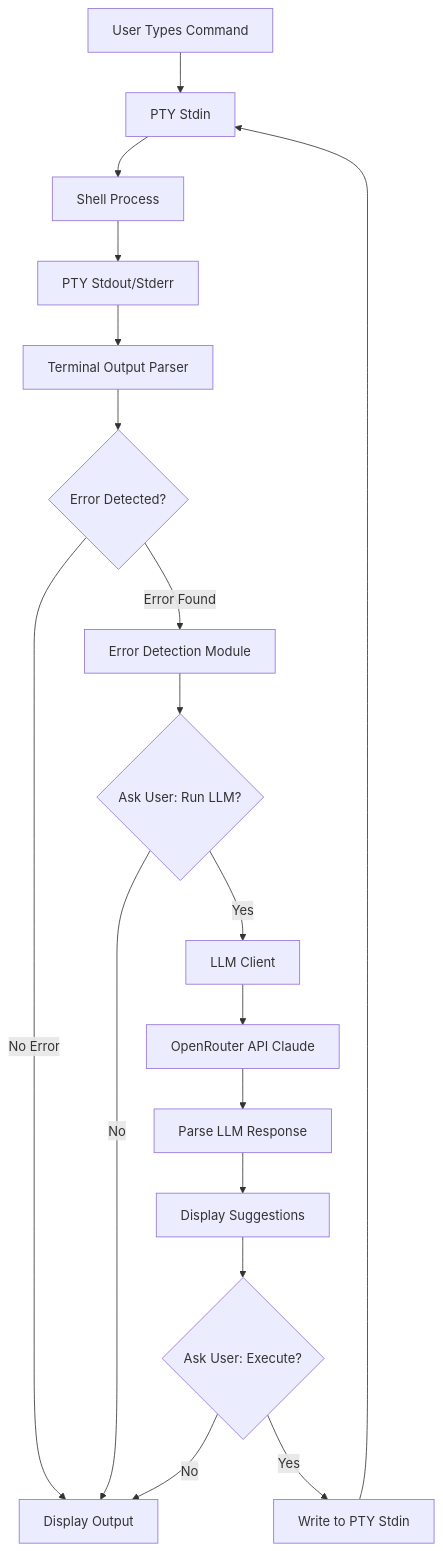
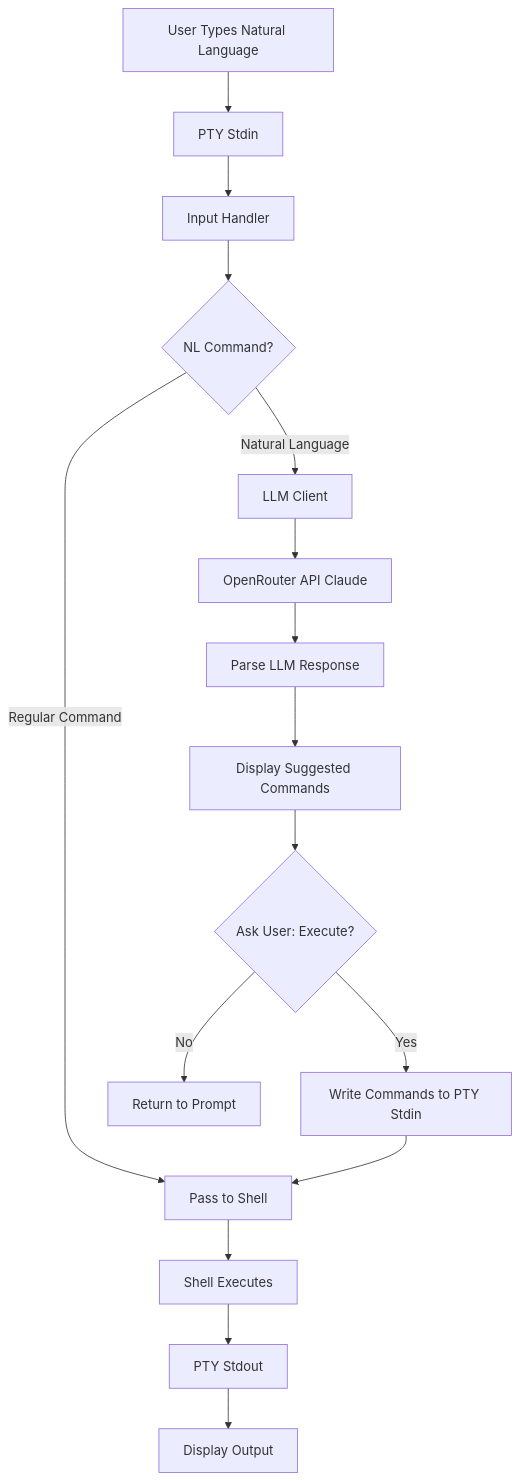
The diagram in docs/LLM_COMMAND_CORRECTION_PROPOSAL.md (nextbysam/Saternal), drawn with Mermaid before and after one commit. The commit also changed other lines of this file and 4 other files, not shown here.

````diff
--- a/docs/LLM_COMMAND_CORRECTION_PROPOSAL.md
+++ b/docs/LLM_COMMAND_CORRECTION_PROPOSAL.md
@@ -52,20 +59,18 @@
 ```mermaid
 graph TD
-    A[User Types Command] --> B[PTY Stdin]
-    B --> C[Shell Process]
-    C --> D[PTY Stdout/Stderr]
-    D --> E[Terminal Output Parser]
-    E --> F{Error Detected?}
-    F -->|No Error| G[Display Output]
-    F -->|Error Found| H[Error Detection Module]
-    H --> I{Ask User: Run LLM?}
-    I -->|No| G
-    I -->|Yes| J[LLM Client]
-    J --> K[OpenRouter API Claude]
-    K --> L[Parse LLM Response]
-    L --> M[Display Suggestions]
-    M --> N{Ask User: Execute?}
-    N -->|No| G
-    N -->|Yes| O[Write to PTY Stdin]
-    O --> B
+    A[User Types Natural Language] --> B[PTY Stdin]
+    B --> C[Input Handler]
+    C --> D{NL Command?}
+    D -->|Regular Command| E[Pass to Shell]
+    D -->|Natural Language| F[LLM Client]
+    F --> G[OpenRouter API Claude]
+    G --> H[Parse LLM Response]
+    H --> I[Display Suggested Commands]
+    I --> J{Ask User: Execute?}
+    J -->|No| K[Return to Prompt]
+    J -->|Yes| L[Write Commands to PTY Stdin]
+    L --> E
+    E --> M[Shell Executes]
+    M --> N[PTY Stdout]
+    N --> O[Display Output]
 ```
````
